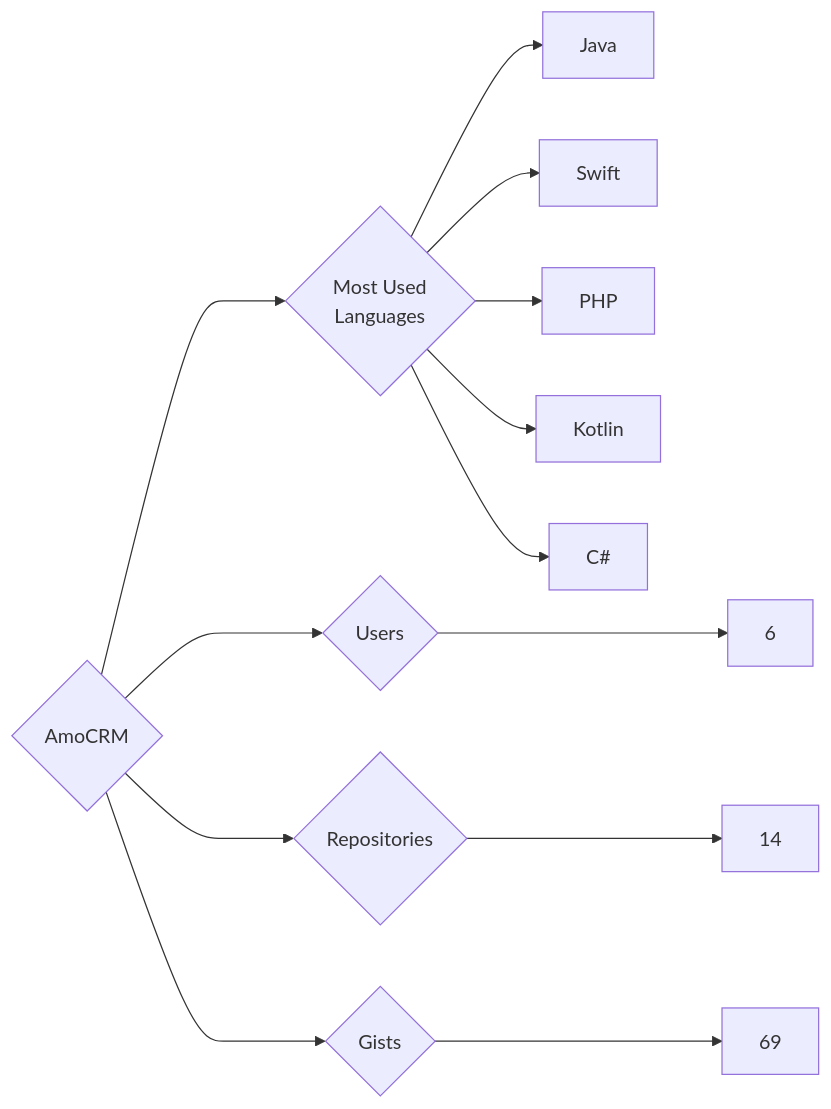
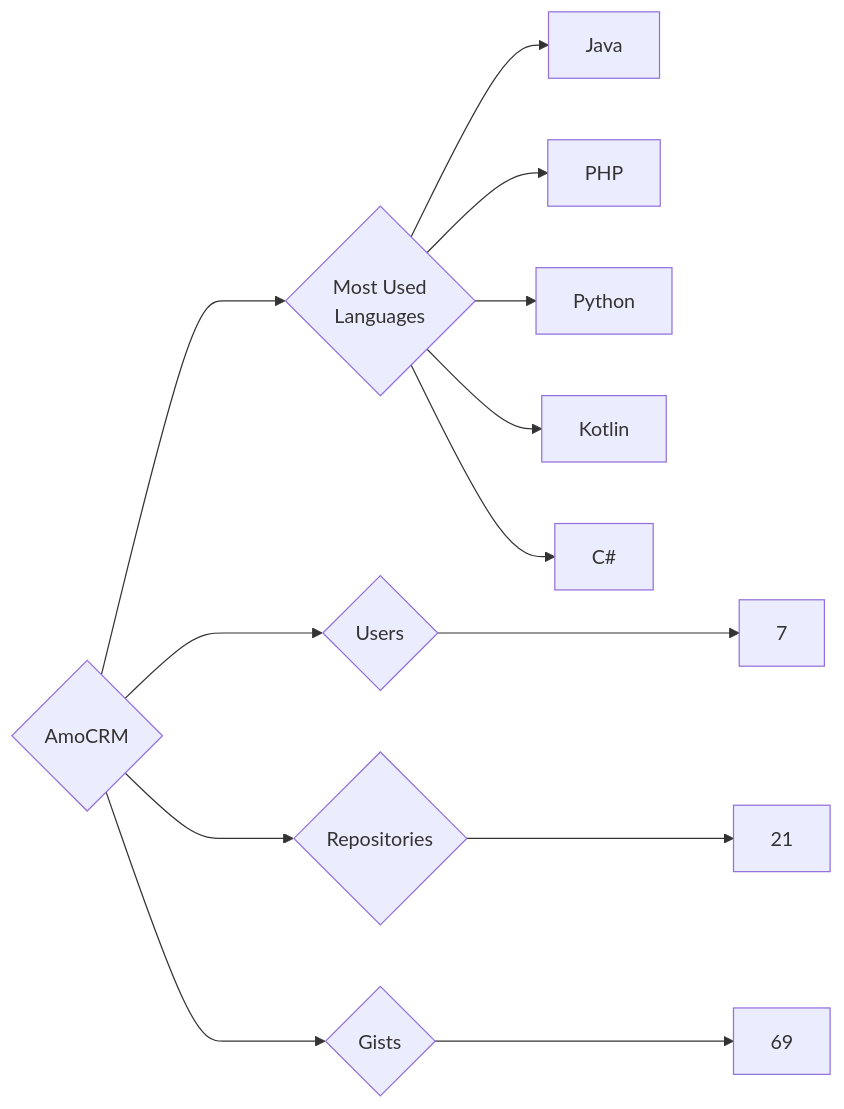
The diagram in targets/AmoCRM/README.md (trickest/insiders), drawn with Mermaid before and after one commit. The commit also changed 997 other files, not shown here.

````diff
--- a/targets/AmoCRM/README.md
+++ b/targets/AmoCRM/README.md
@@ -3,13 +3,13 @@
 ```mermaid
 graph LR
 COMPANY_NAME{AmoCRM}
-COMPANY_NAME ---> U{Users} ---> UN[6]
-COMPANY_NAME ---> R{Repositories} ---> RN[14]
+COMPANY_NAME ---> U{Users} ---> UN[7]
+COMPANY_NAME ---> R{Repositories} ---> RN[21]
 COMPANY_NAME ---> G{Gists} ---> GN[69]
 COMPANY_NAME ---> ML{Most Used<br>Languages}
 ML --> Java[Java]
-ML --> Swift[Swift]
 ML --> PHP[PHP]
+ML --> Python[Python]
 ML --> Kotlin[Kotlin]
 ML --> C#[C#]
 ```
````
